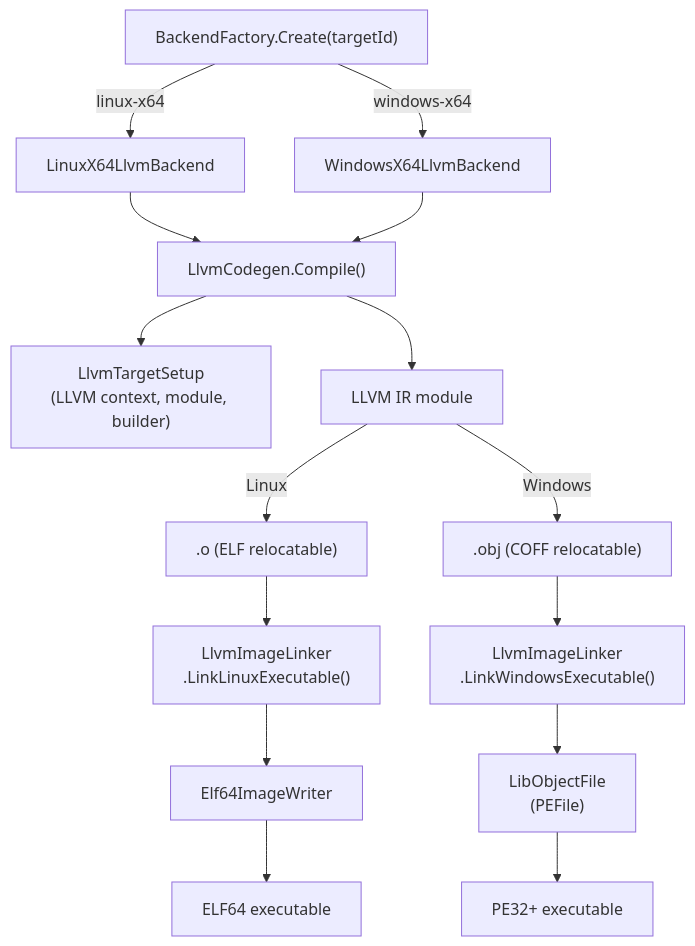
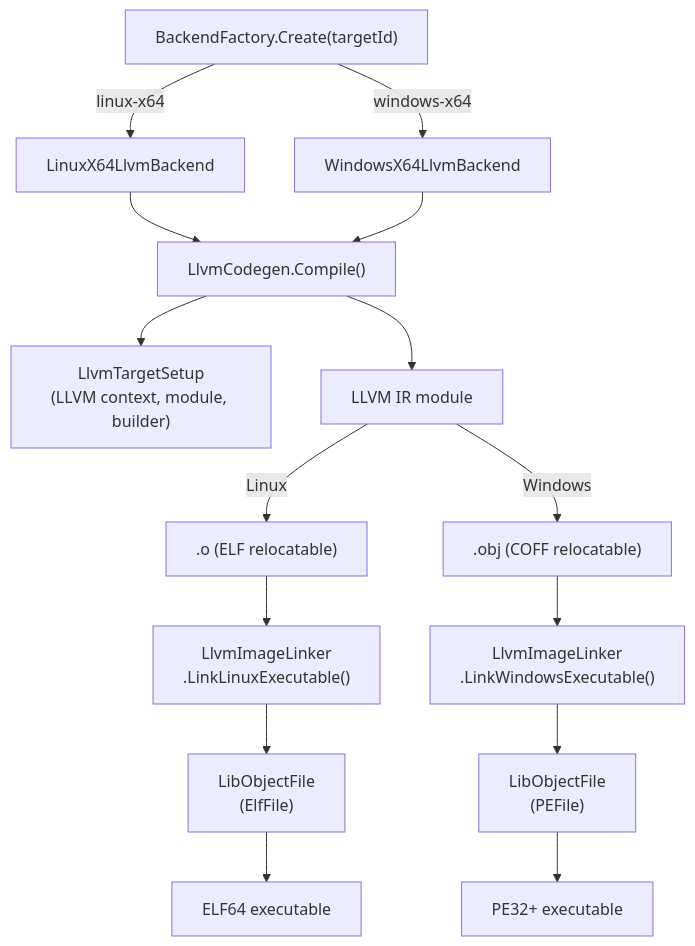
One commit to MattiasHognas/Ashes changed the third of 3 diagrams in docs/ARCHITECTURE.md. Above: the diagram before and after it, drawn with Mermaid. The commit also changed other lines of this file and 2 other files, not shown here.

First line of the commit message:
Update ARCHITECTURE.md for LibObjectFile ELF, add IR_REFERENCE.md, update README

````diff
--- a/docs/ARCHITECTURE.md
+++ b/docs/ARCHITECTURE.md
@@ -94,30 +94,30 @@
 ```mermaid
 flowchart TD
     Factory["BackendFactory.Create(targetId)"]
     Linux["LinuxX64LlvmBackend"]
     Windows["WindowsX64LlvmBackend"]
     Codegen["LlvmCodegen.Compile()"]
     Setup["LlvmTargetSetup\n(LLVM context, module, builder)"]
     LLVMIR["LLVM IR module"]
     ObjLinux[".o  (ELF relocatable)"]
     ObjWindows[".obj  (COFF relocatable)"]
     LinkerLinux["LlvmImageLinker\n.LinkLinuxExecutable()"]
     LinkerWindows["LlvmImageLinker\n.LinkWindowsExecutable()"]
-    ElfWriter["Elf64ImageWriter"]
+    ElfWriter["LibObjectFile\n(ElfFile)"]
     PeWriter["LibObjectFile\n(PEFile)"]
     ELF["ELF64 executable"]
     PE["PE32+ executable"]
 
     Factory -->|"linux-x64"| Linux
     Factory -->|"windows-x64"| Windows
     Linux --> Codegen
     Windows --> Codegen
     Codegen --> Setup
     Codegen --> LLVMIR
     LLVMIR -->|Linux| ObjLinux
     LLVMIR -->|Windows| ObjWindows
     ObjLinux --> LinkerLinux
     ObjWindows --> LinkerWindows
     LinkerLinux --> ElfWriter --> ELF
     LinkerWindows --> PeWriter --> PE
 ```
````
